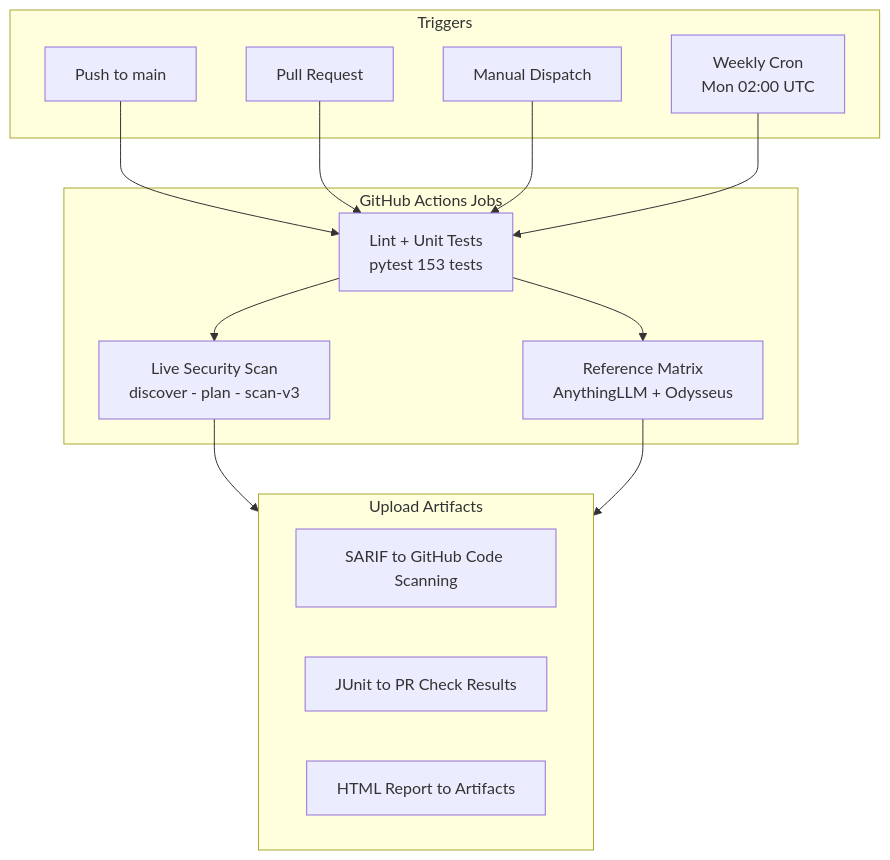
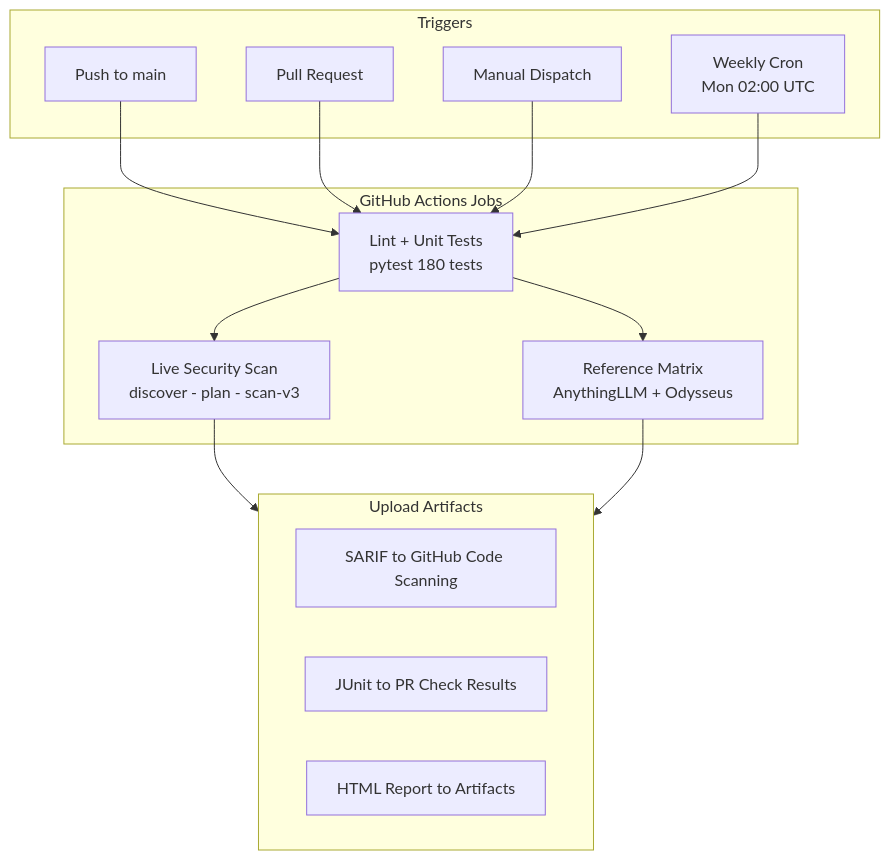
One commit to krishddd/security-module changed the eighth of 8 diagrams in README.md. Above: the diagram before and after it, drawn with Mermaid. The commit also changed other lines of this file and 4 other files, not shown here.

````diff
--- a/README.md
+++ b/README.md
@@ -525,30 +572,30 @@
 ```mermaid
 flowchart TB
     subgraph Triggers
         push["Push to main"]
         pr["Pull Request"]
         dispatch["Manual Dispatch"]
         cron["Weekly Cron\nMon 02:00 UTC"]
     end
 
     subgraph Jobs["GitHub Actions Jobs"]
-        lint["Lint + Unit Tests\npytest 153 tests"]
+        lint["Lint + Unit Tests\npytest 180 tests"]
         scan["Live Security Scan\ndiscover - plan - scan-v3"]
         matrix["Reference Matrix\nAnythingLLM + Odysseus"]
     end
 
     subgraph Artifacts["Upload Artifacts"]
         sarif_up["SARIF to GitHub Code Scanning"]
         junit_up["JUnit to PR Check Results"]
         report_up["HTML Report to Artifacts"]
     end
 
     push --> lint
     pr --> lint
     dispatch --> lint
     cron --> lint
     lint --> scan
     lint --> matrix
     scan --> Artifacts
     matrix --> Artifacts
 ```
````
